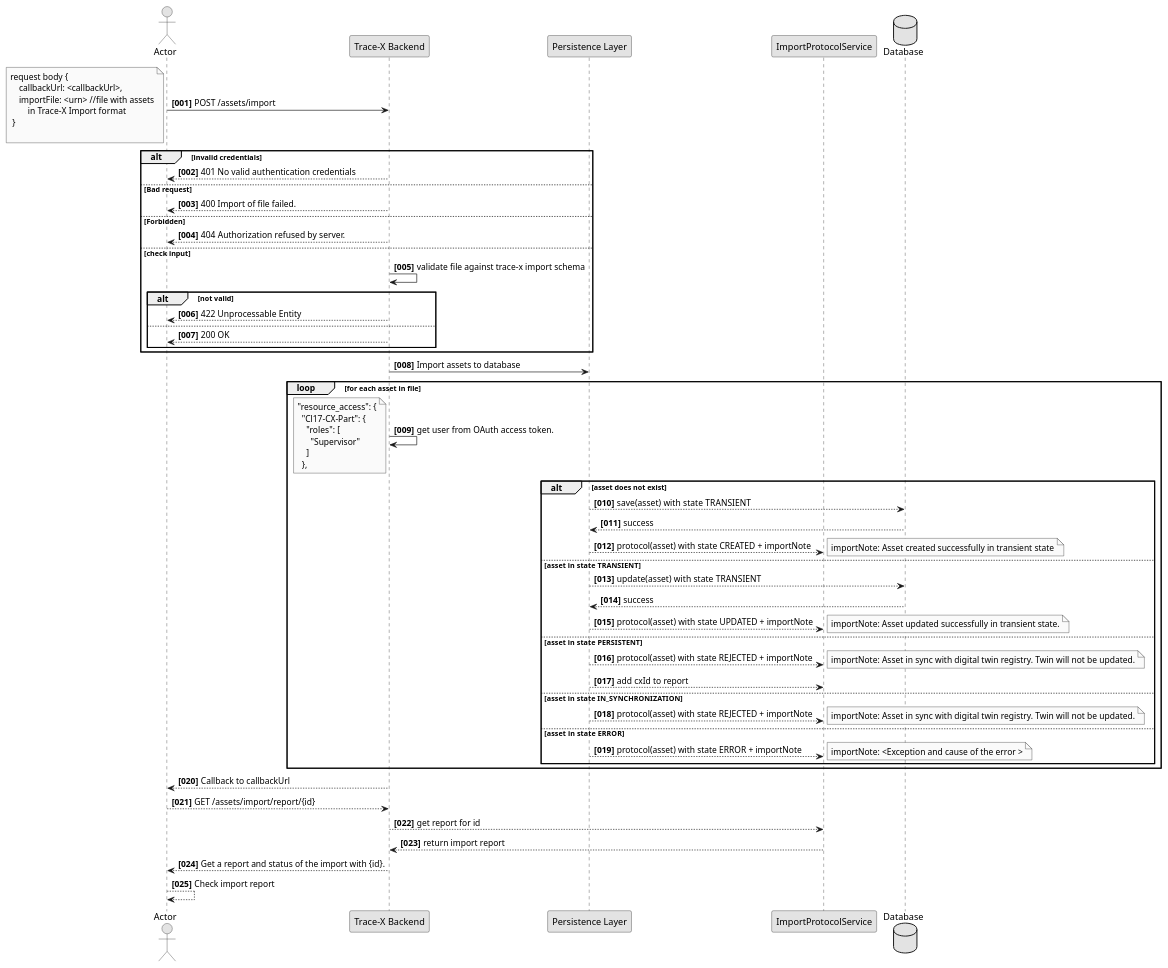
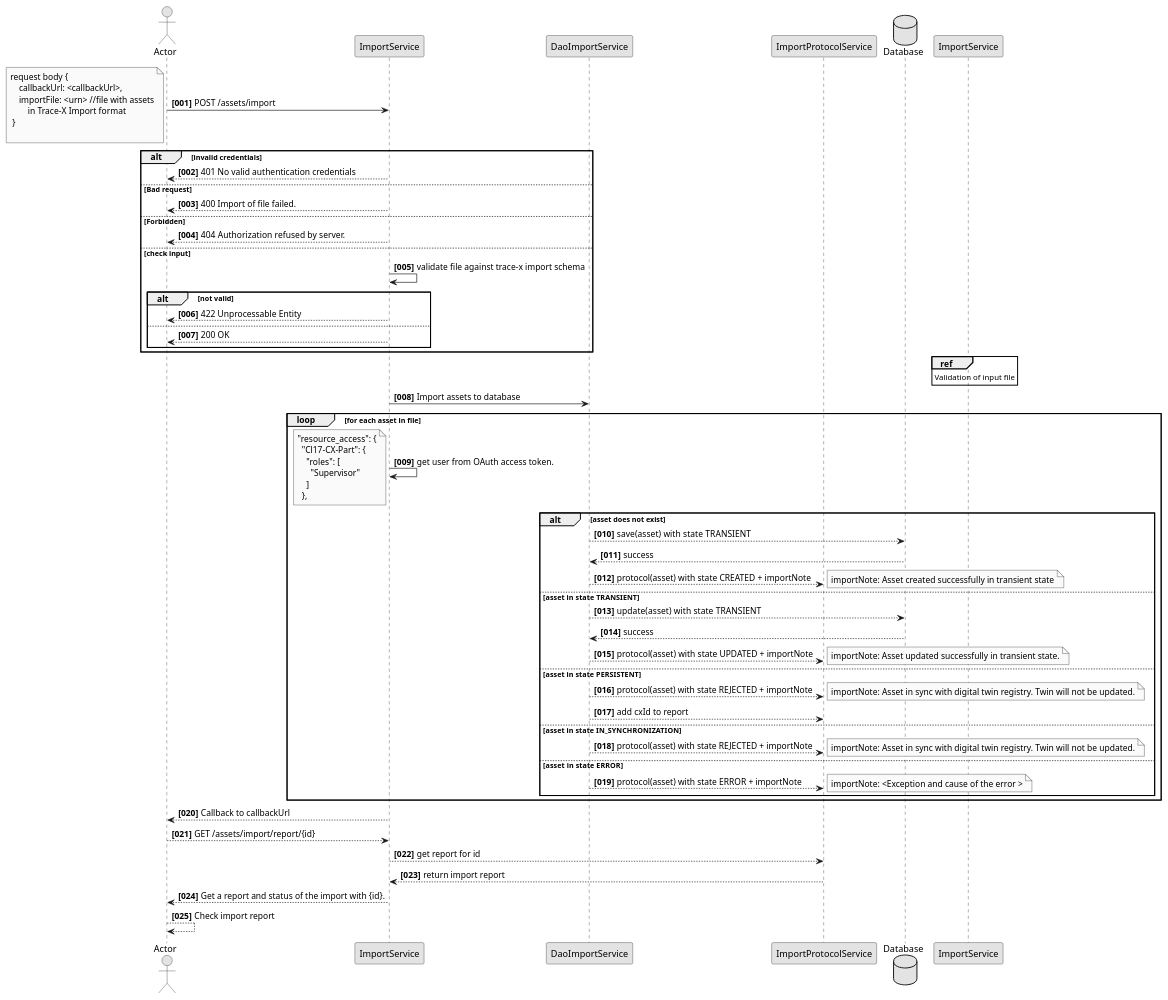
The diagram in docs/src/docs/concepts/[TRACEFOSS-1019]-data-import-interface/data-import-interface-squence.puml (eclipse-tractusx/traceability-foss), drawn with PlantUML before and after one commit. The commit also changed 2 other files, not shown here.

Commit message:
fix(diagram):[TRACEFOSS-1019] add input validation

```diff
--- a/docs/src/docs/concepts/[TRACEFOSS-1019]-data-import-interface/data-import-interface-squence.puml
+++ b/docs/src/docs/concepts/[TRACEFOSS-1019]-data-import-interface/data-import-interface-squence.puml
@@ -1,94 +1,98 @@
 @startuml
 skinparam monochrome true
 skinparam shadowing false
 skinparam defaultFontName "Architects daughter"
 
 autonumber "<b>[000]"
 
 actor Actor
-participant "Trace-X Backend" as Backend
-participant "Persistence Layer" as Persistence
+participant "ImportService" as Backend
+participant "DaoImportService" as Persistence
 participant "ImportProtocolService" as ImportProtocolService
 database "Database" as Database
 Actor -> Backend : POST /assets/import
 note left
     request body {
         callbackUrl: <callbackUrl>,
         importFile: <urn> //file with assets
             in Trace-X Import format
      }
 
 end note
 
 alt invalid credentials
     Actor <-- Backend : 401 No valid authentication credentials
 else  Bad request
     Actor <-- Backend : 400 Import of file failed.
 else  Forbidden
     Actor <-- Backend : 404 Authorization refused by server.
 else  check input
     Backend -> Backend : validate file against trace-x import schema
     alt not valid
         Actor <-- Backend : 422 Unprocessable Entity
     else
         Actor <-- Backend : 200 OK
     end alt
 end alt
+
+ref over  ImportService
+    Validation of input file
+end ref
 
 Backend -> Persistence : Import assets to database
 
     loop for each asset in file
         Backend -> Backend : get user from OAuth access token.
         note left
               "resource_access": {
                 "Cl17-CX-Part": {
                   "roles": [
                     "Supervisor"
                   ]
                 },
         end note
         alt asset does not exist
             Persistence --> Database : save(asset) with  state TRANSIENT
             Persistence <-- Database : success
             Persistence --> ImportProtocolService : protocol(asset) with state CREATED + importNote
             note right
                 importNote: Asset created successfully in transient state
             end note
         else asset in  state TRANSIENT
             note right
                 (local asset)
             end note
             Persistence --> Database : update(asset) with  state TRANSIENT
             Persistence <-- Database : success
             Persistence --> ImportProtocolService : protocol(asset) with state UPDATED + importNote
             note right
                 importNote: Asset updated successfully in transient state.
             end note
         else asset in  state PERSISTENT
             Persistence --> ImportProtocolService : protocol(asset) with state REJECTED + importNote
             note right
                  importNote: Asset in sync with digital twin registry. Twin will not be updated.
             end note
             Persistence --> ImportProtocolService : add cxId to report
         else asset in  state IN_SYNCHRONIZATION
               Persistence --> ImportProtocolService : protocol(asset) with state REJECTED + importNote
                note right
                   importNote: Asset in sync with digital twin registry. Twin will not be updated.
               end note
         else asset in  state ERROR
              Persistence --> ImportProtocolService : protocol(asset) with state ERROR + importNote
              note right
                   importNote: <Exception and cause of the error >
               end note
         end alt
 end loop
 
 
 Actor <-- Backend : Callback to callbackUrl
 Actor --> Backend : GET /assets/import/report/{id}
 Backend --> ImportProtocolService : get report for id
 Backend <-- ImportProtocolService : return import report
 Actor <-- Backend : Get a report and status of the import with {id}.
 Actor --> Actor : Check import report
 
 @enduml
```
